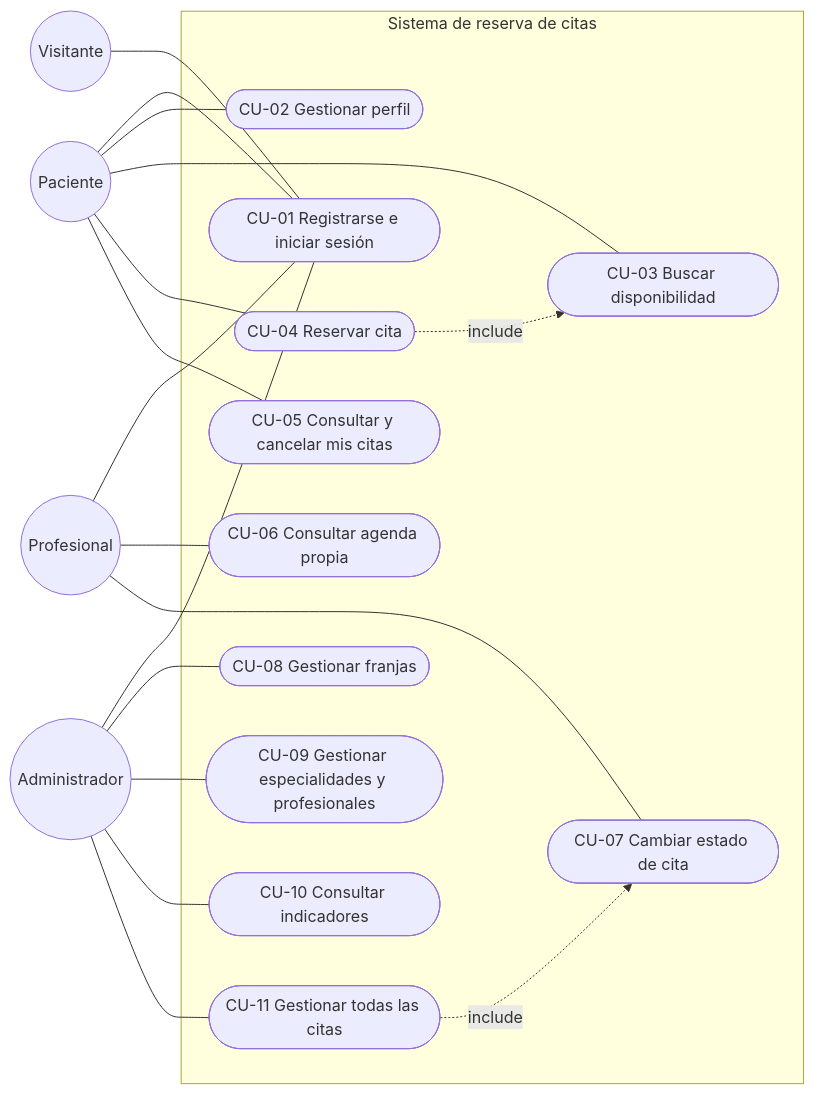
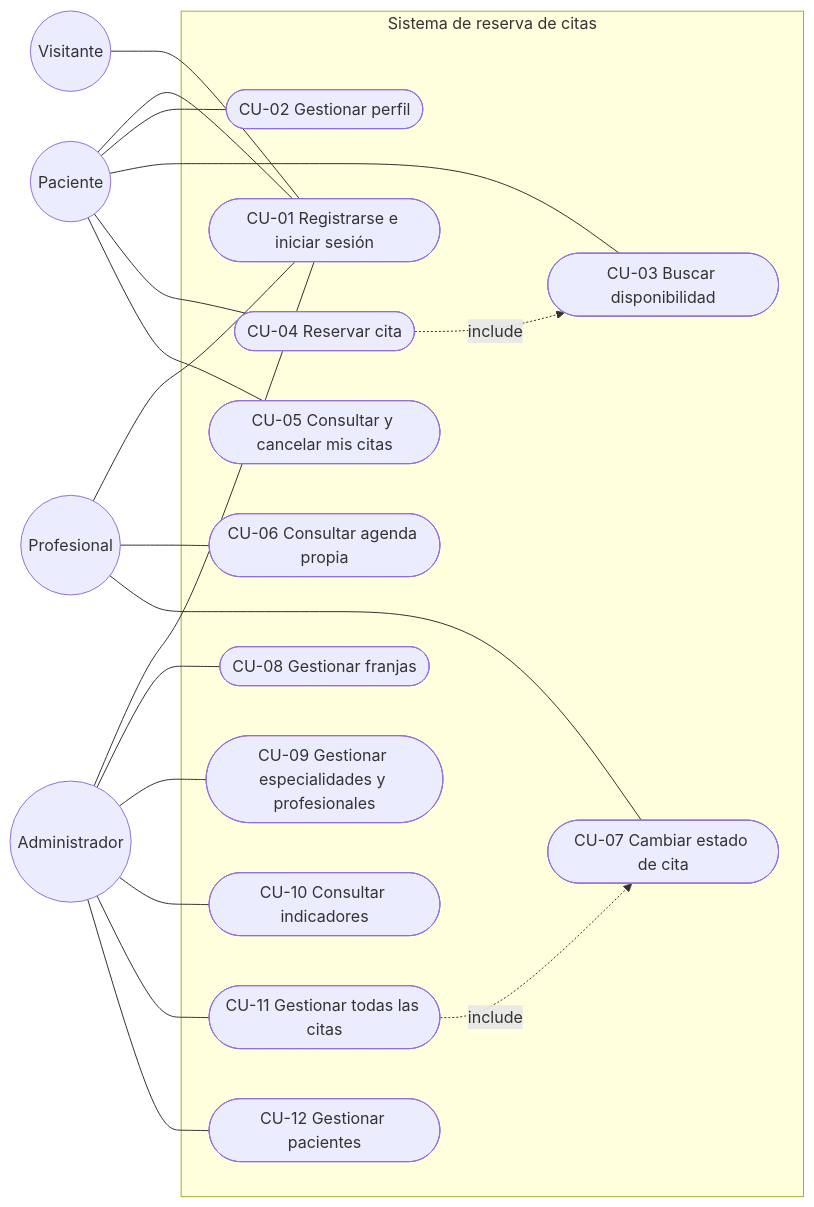
One commit to cospino08/diseno changed the diagram in docs/requisitos/casos_uso.md. Above: the diagram before and after it, drawn with Mermaid. The commit also changed other lines of this file and 1 other file, not shown here.

````diff
--- a/docs/requisitos/casos_uso.md
+++ b/docs/requisitos/casos_uso.md
@@ -12,38 +12,40 @@
 ```mermaid
 flowchart LR
     V((Visitante))
     P((Paciente))
     M((Profesional))
     A((Administrador))
 
     subgraph S["Sistema de reserva de citas"]
         CU01([CU-01 Registrarse e iniciar sesión])
         CU02([CU-02 Gestionar perfil])
         CU03([CU-03 Buscar disponibilidad])
         CU04([CU-04 Reservar cita])
         CU05([CU-05 Consultar y cancelar mis citas])
         CU06([CU-06 Consultar agenda propia])
         CU07([CU-07 Cambiar estado de cita])
         CU08([CU-08 Gestionar franjas])
         CU09([CU-09 Gestionar especialidades y profesionales])
         CU10([CU-10 Consultar indicadores])
         CU11([CU-11 Gestionar todas las citas])
+        CU12([CU-12 Gestionar pacientes])
     end
 
     V --- CU01
     P --- CU01
     P --- CU02
     P --- CU03
     P --- CU04
     P --- CU05
     M --- CU01
     M --- CU06
     M --- CU07
     A --- CU01
     A --- CU08
     A --- CU09
     A --- CU10
     A --- CU11
+    A --- CU12
     CU04 -. include .-> CU03
     CU11 -. include .-> CU07
 ```
````
